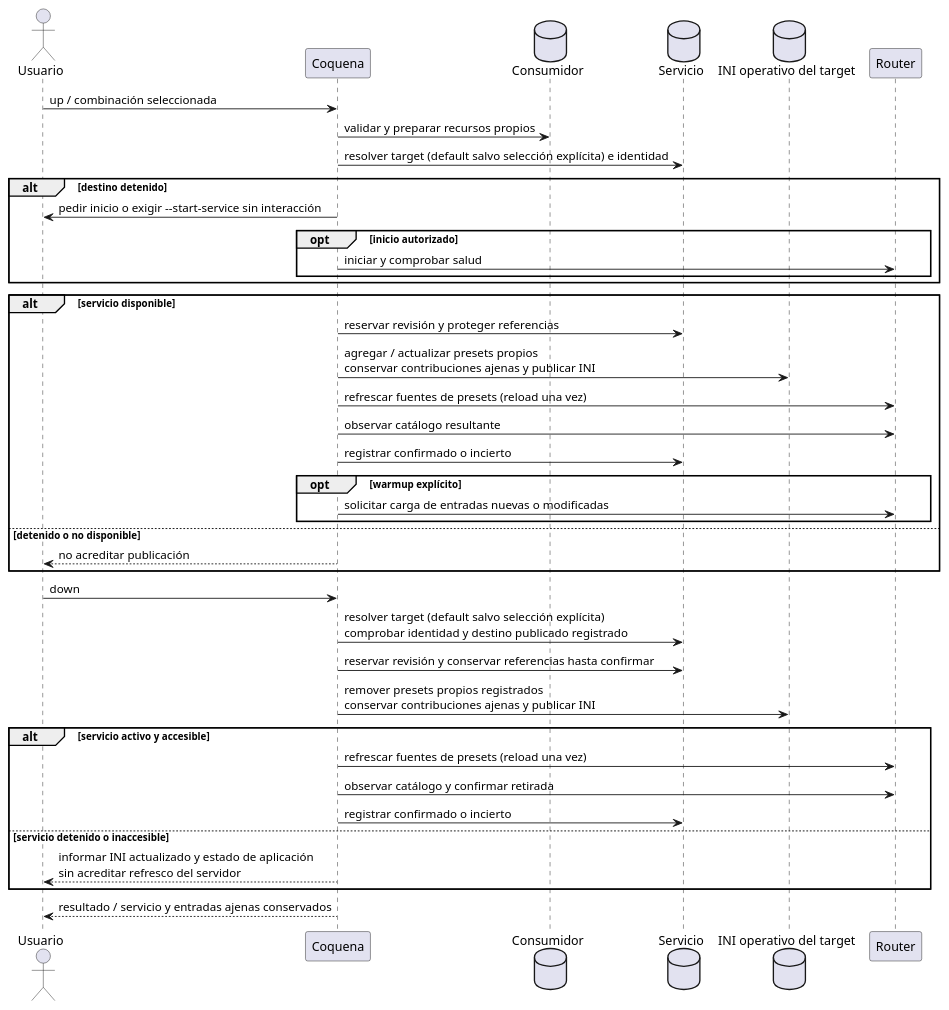
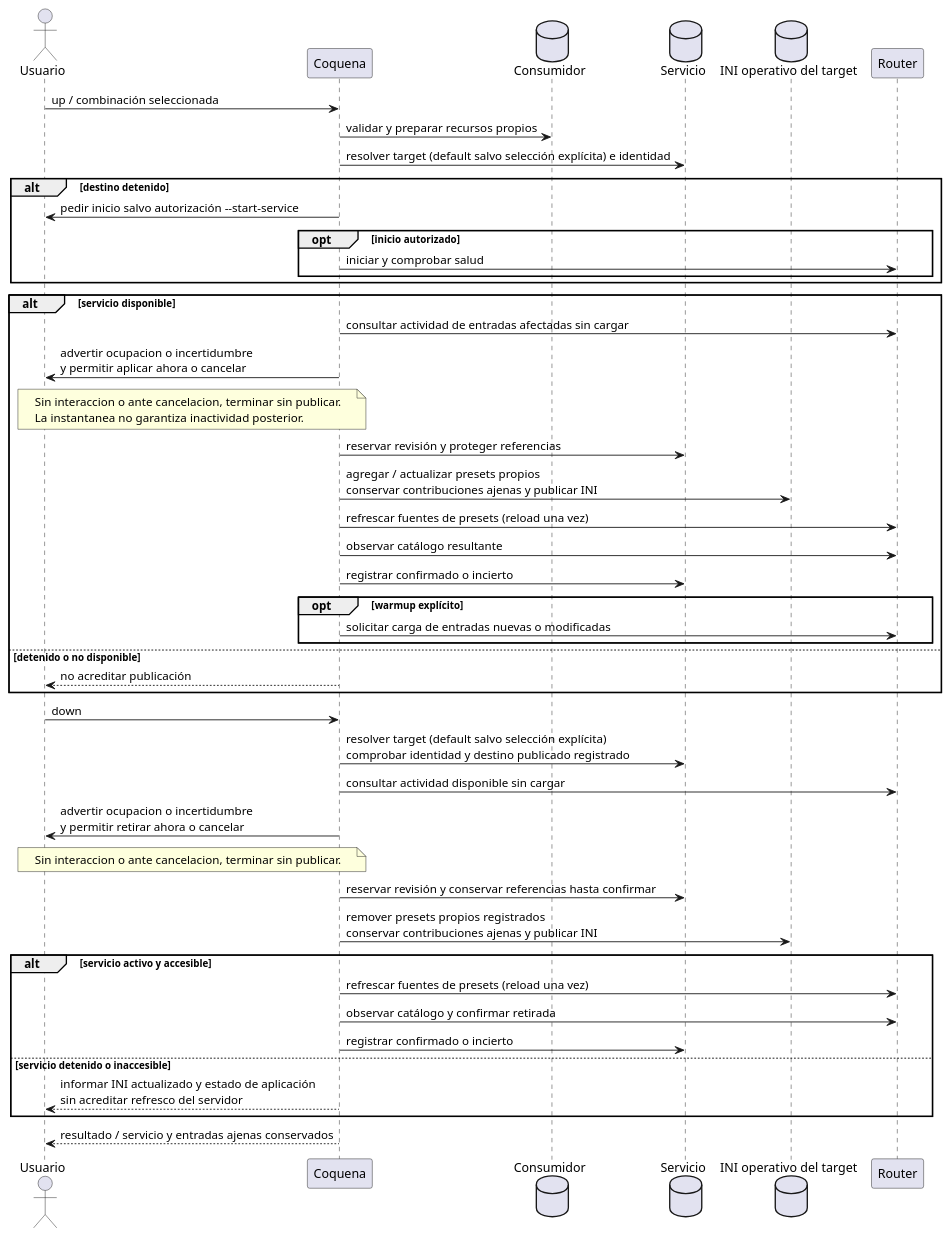
The fifth of 5 diagrams in docs/secuencias.md (mstranich/coquena), drawn with PlantUML before and after one commit. The commit also changed 19 other files, not shown here.

````diff
--- a/docs/secuencias.md
+++ b/docs/secuencias.md
@@ -183,43 +183,49 @@
 ```plantuml
 @startuml
 actor Usuario
 participant Coquena
 database Consumidor
 database Servicio
 database "INI operativo del target" as INI
 participant Router
 Usuario -> Coquena : up / combinación seleccionada
 Coquena -> Consumidor : validar y preparar recursos propios
 Coquena -> Servicio : resolver target (default salvo selección explícita) e identidad
 alt destino detenido
-  Coquena -> Usuario : pedir inicio o exigir --start-service sin interacción
+  Coquena -> Usuario : pedir inicio salvo autorización --start-service
   opt inicio autorizado
     Coquena -> Router : iniciar y comprobar salud
   end
 end
 alt servicio disponible
+  Coquena -> Router : consultar actividad de entradas afectadas sin cargar
+  Coquena -> Usuario : advertir ocupacion o incertidumbre\ny permitir aplicar ahora o cancelar
+  note over Usuario, Coquena : Sin interaccion o ante cancelacion, terminar sin publicar.\nLa instantanea no garantiza inactividad posterior.
   Coquena -> Servicio : reservar revisión y proteger referencias
   Coquena -> INI : agregar / actualizar presets propios\nconservar contribuciones ajenas y publicar INI
   Coquena -> Router : refrescar fuentes de presets (reload una vez)
   Coquena -> Router : observar catálogo resultante
   Coquena -> Servicio : registrar confirmado o incierto
   opt warmup explícito
     Coquena -> Router : solicitar carga de entradas nuevas o modificadas
   end
 else detenido o no disponible
   Coquena --> Usuario : no acreditar publicación
 end
 Usuario -> Coquena : down
 Coquena -> Servicio : resolver target (default salvo selección explícita)\ncomprobar identidad y destino publicado registrado
+Coquena -> Router : consultar actividad disponible sin cargar
+Coquena -> Usuario : advertir ocupacion o incertidumbre\ny permitir retirar ahora o cancelar
+note over Usuario, Coquena : Sin interaccion o ante cancelacion, terminar sin publicar.
 Coquena -> Servicio : reservar revisión y conservar referencias hasta confirmar
 Coquena -> INI : remover presets propios registrados\nconservar contribuciones ajenas y publicar INI
 alt servicio activo y accesible
   Coquena -> Router : refrescar fuentes de presets (reload una vez)
   Coquena -> Router : observar catálogo y confirmar retirada
   Coquena -> Servicio : registrar confirmado o incierto
 else servicio detenido o inaccesible
   Coquena --> Usuario : informar INI actualizado y estado de aplicación\nsin acreditar refresco del servidor
 end
 Coquena --> Usuario : resultado / servicio y entradas ajenas conservados
 @enduml
 ```
````
